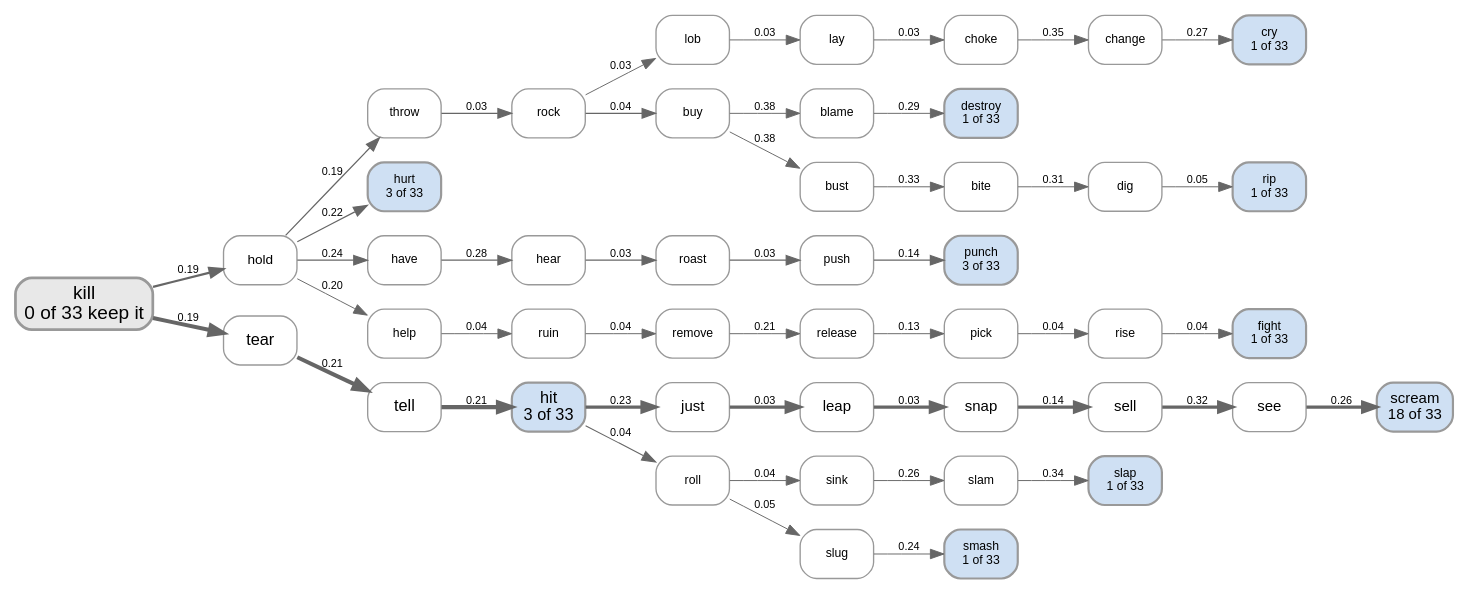
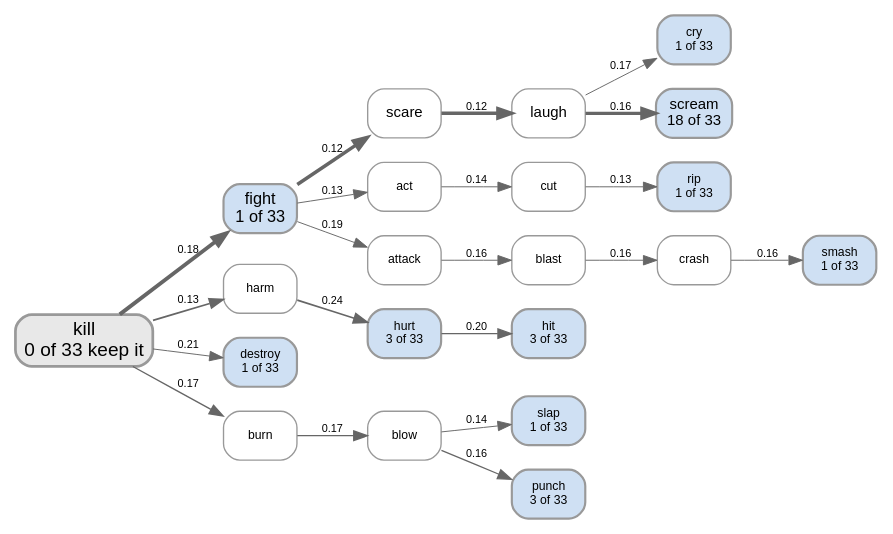
One commit to quadrismegistus/malignment changed the diagram in experiments/displacement/chain_of_connections/figures/pathways_kill_faller_llama_k3.dot. Above: the diagram before and after it, drawn with Graphviz. The commit also changed 22 other files, not shown here.

```diff
--- a/experiments/displacement/chain_of_connections/figures/pathways_kill_faller_llama_k3.dot
+++ b/experiments/displacement/chain_of_connections/figures/pathways_kill_faller_llama_k3.dot
@@ -1,92 +1,46 @@
 digraph {
   rankdir=LR; bgcolor="white";
   node [shape=box style="rounded,filled" fontname="Arial" fontsize=10 color="#999999"];
   edge [fontname="Arial" fontsize=8 color="#666666"];
   "kill" [label="kill\n0 of 33 keep it" fillcolor="#e8e8e8" penwidth=2.0 fontsize=14];
-  "hold" [label="hold" fillcolor="#ffffff" penwidth=1.0 fontsize=10];
-  "throw" [label="throw" fillcolor="#ffffff" penwidth=1.0 fontsize=9];
-  "rock" [label="rock" fillcolor="#ffffff" penwidth=1.0 fontsize=9];
-  "lob" [label="lob" fillcolor="#ffffff" penwidth=1.0 fontsize=9];
-  "lay" [label="lay" fillcolor="#ffffff" penwidth=1.0 fontsize=9];
-  "choke" [label="choke" fillcolor="#ffffff" penwidth=1.0 fontsize=9];
-  "change" [label="change" fillcolor="#ffffff" penwidth=1.0 fontsize=9];
+  "fight" [label="fight\n1 of 33" fillcolor="#cfe0f3" penwidth=1.6 fontsize=12];
+  "scare" [label="scare" fillcolor="#ffffff" penwidth=1.0 fontsize=11];
+  "laugh" [label="laugh" fillcolor="#ffffff" penwidth=1.0 fontsize=11];
   "cry" [label="cry\n1 of 33" fillcolor="#cfe0f3" penwidth=1.6 fontsize=9];
-  "tear" [label="tear" fillcolor="#ffffff" penwidth=1.0 fontsize=12];
-  "tell" [label="tell" fillcolor="#ffffff" penwidth=1.0 fontsize=12];
-  "hit" [label="hit\n3 of 33" fillcolor="#cfe0f3" penwidth=1.6 fontsize=12];
-  "just" [label="just" fillcolor="#ffffff" penwidth=1.0 fontsize=11];
-  "leap" [label="leap" fillcolor="#ffffff" penwidth=1.0 fontsize=11];
-  "snap" [label="snap" fillcolor="#ffffff" penwidth=1.0 fontsize=11];
-  "sell" [label="sell" fillcolor="#ffffff" penwidth=1.0 fontsize=11];
-  "see" [label="see" fillcolor="#ffffff" penwidth=1.0 fontsize=11];
   "scream" [label="scream\n18 of 33" fillcolor="#cfe0f3" penwidth=1.6 fontsize=11];
+  "harm" [label="harm" fillcolor="#ffffff" penwidth=1.0 fontsize=9];
   "hurt" [label="hurt\n3 of 33" fillcolor="#cfe0f3" penwidth=1.6 fontsize=9];
-  "buy" [label="buy" fillcolor="#ffffff" penwidth=1.0 fontsize=9];
-  "blame" [label="blame" fillcolor="#ffffff" penwidth=1.0 fontsize=9];
+  "hit" [label="hit\n3 of 33" fillcolor="#cfe0f3" penwidth=1.6 fontsize=9];
   "destroy" [label="destroy\n1 of 33" fillcolor="#cfe0f3" penwidth=1.6 fontsize=9];
-  "roll" [label="roll" fillcolor="#ffffff" penwidth=1.0 fontsize=9];
-  "sink" [label="sink" fillcolor="#ffffff" penwidth=1.0 fontsize=9];
-  "slam" [label="slam" fillcolor="#ffffff" penwidth=1.0 fontsize=9];
+  "burn" [label="burn" fillcolor="#ffffff" penwidth=1.0 fontsize=9];
+  "blow" [label="blow" fillcolor="#ffffff" penwidth=1.0 fontsize=9];
   "slap" [label="slap\n1 of 33" fillcolor="#cfe0f3" penwidth=1.6 fontsize=9];
-  "have" [label="have" fillcolor="#ffffff" penwidth=1.0 fontsize=9];
-  "hear" [label="hear" fillcolor="#ffffff" penwidth=1.0 fontsize=9];
-  "roast" [label="roast" fillcolor="#ffffff" penwidth=1.0 fontsize=9];
-  "push" [label="push" fillcolor="#ffffff" penwidth=1.0 fontsize=9];
   "punch" [label="punch\n3 of 33" fillcolor="#cfe0f3" penwidth=1.6 fontsize=9];
-  "help" [label="help" fillcolor="#ffffff" penwidth=1.0 fontsize=9];
-  "ruin" [label="ruin" fillcolor="#ffffff" penwidth=1.0 fontsize=9];
-  "remove" [label="remove" fillcolor="#ffffff" penwidth=1.0 fontsize=9];
-  "release" [label="release" fillcolor="#ffffff" penwidth=1.0 fontsize=9];
-  "pick" [label="pick" fillcolor="#ffffff" penwidth=1.0 fontsize=9];
-  "rise" [label="rise" fillcolor="#ffffff" penwidth=1.0 fontsize=9];
-  "fight" [label="fight\n1 of 33" fillcolor="#cfe0f3" penwidth=1.6 fontsize=9];
-  "bust" [label="bust" fillcolor="#ffffff" penwidth=1.0 fontsize=9];
-  "bite" [label="bite" fillcolor="#ffffff" penwidth=1.0 fontsize=9];
-  "dig" [label="dig" fillcolor="#ffffff" penwidth=1.0 fontsize=9];
+  "act" [label="act" fillcolor="#ffffff" penwidth=1.0 fontsize=9];
+  "cut" [label="cut" fillcolor="#ffffff" penwidth=1.0 fontsize=9];
   "rip" [label="rip\n1 of 33" fillcolor="#cfe0f3" penwidth=1.6 fontsize=9];
-  "slug" [label="slug" fillcolor="#ffffff" penwidth=1.0 fontsize=9];
+  "attack" [label="attack" fillcolor="#ffffff" penwidth=1.0 fontsize=9];
+  "blast" [label="blast" fillcolor="#ffffff" penwidth=1.0 fontsize=9];
+  "crash" [label="crash" fillcolor="#ffffff" penwidth=1.0 fontsize=9];
   "smash" [label="smash\n1 of 33" fillcolor="#cfe0f3" penwidth=1.6 fontsize=9];
-  "bite" -> "dig" [penwidth=0.70 label="0.31"];
-  "blame" -> "destroy" [penwidth=0.70 label="0.29"];
-  "bust" -> "bite" [penwidth=0.70 label="0.33"];
-  "buy" -> "blame" [penwidth=0.70 label="0.38"];
-  "buy" -> "bust" [penwidth=0.70 label="0.38"];
-  "change" -> "cry" [penwidth=0.70 label="0.27"];
-  "choke" -> "change" [penwidth=0.70 label="0.35"];
-  "dig" -> "rip" [penwidth=0.70 label="0.05"];
-  "have" -> "hear" [penwidth=0.91 label="0.28"];
-  "hear" -> "roast" [penwidth=0.91 label="0.03"];
-  "help" -> "ruin" [penwidth=0.70 label="0.04"];
-  "hit" -> "just" [penwidth=2.45 label="0.23"];
-  "hit" -> "roll" [penwidth=0.81 label="0.04"];
-  "hold" -> "have" [penwidth=0.91 label="0.24"];
-  "hold" -> "help" [penwidth=0.70 label="0.20"];
-  "hold" -> "hurt" [penwidth=0.91 label="0.22"];
-  "hold" -> "throw" [penwidth=0.91 label="0.19"];
-  "just" -> "leap" [penwidth=2.45 label="0.03"];
-  "kill" -> "hold" [penwidth=1.63 label="0.19"];
-  "kill" -> "tear" [penwidth=2.97 label="0.19"];
-  "lay" -> "choke" [penwidth=0.70 label="0.03"];
-  "leap" -> "snap" [penwidth=2.45 label="0.03"];
-  "lob" -> "lay" [penwidth=0.70 label="0.03"];
-  "pick" -> "rise" [penwidth=0.70 label="0.04"];
-  "push" -> "punch" [penwidth=0.91 label="0.14"];
-  "release" -> "pick" [penwidth=0.70 label="0.13"];
-  "remove" -> "release" [penwidth=0.70 label="0.21"];
-  "rise" -> "fight" [penwidth=0.70 label="0.04"];
-  "roast" -> "push" [penwidth=0.91 label="0.03"];
-  "rock" -> "buy" [penwidth=0.81 label="0.04"];
-  "rock" -> "lob" [penwidth=0.70 label="0.03"];
-  "roll" -> "sink" [penwidth=0.70 label="0.04"];
-  "roll" -> "slug" [penwidth=0.70 label="0.05"];
-  "ruin" -> "remove" [penwidth=0.70 label="0.04"];
-  "see" -> "scream" [penwidth=2.45 label="0.26"];
-  "sell" -> "see" [penwidth=2.45 label="0.32"];
-  "sink" -> "slam" [penwidth=0.70 label="0.26"];
-  "slam" -> "slap" [penwidth=0.70 label="0.34"];
-  "slug" -> "smash" [penwidth=0.70 label="0.24"];
-  "snap" -> "sell" [penwidth=2.45 label="0.14"];
-  "tear" -> "tell" [penwidth=2.97 label="0.21"];
-  "tell" -> "hit" [penwidth=2.97 label="0.21"];
-  "throw" -> "rock" [penwidth=0.91 label="0.03"];
+  "act" -> "cut" [penwidth=0.70 label="0.14"];
+  "attack" -> "blast" [penwidth=0.70 label="0.16"];
+  "blast" -> "crash" [penwidth=0.70 label="0.16"];
+  "blow" -> "punch" [penwidth=0.91 label="0.16"];
+  "blow" -> "slap" [penwidth=0.70 label="0.14"];
+  "burn" -> "blow" [penwidth=1.01 label="0.17"];
+  "crash" -> "smash" [penwidth=0.70 label="0.16"];
+  "cut" -> "rip" [penwidth=0.70 label="0.13"];
+  "fight" -> "act" [penwidth=0.70 label="0.13"];
+  "fight" -> "attack" [penwidth=0.70 label="0.19"];
+  "fight" -> "scare" [penwidth=2.56 label="0.12"];
+  "harm" -> "hurt" [penwidth=1.22 label="0.24"];
+  "hurt" -> "hit" [penwidth=0.91 label="0.20"];
+  "kill" -> "burn" [penwidth=1.01 label="0.17"];
+  "kill" -> "destroy" [penwidth=0.70 label="0.21"];
+  "kill" -> "fight" [penwidth=2.87 label="0.18"];
+  "kill" -> "harm" [penwidth=1.22 label="0.13"];
+  "laugh" -> "cry" [penwidth=0.70 label="0.17"];
+  "laugh" -> "scream" [penwidth=2.45 label="0.16"];
+  "scare" -> "laugh" [penwidth=2.56 label="0.12"];
 }
```
